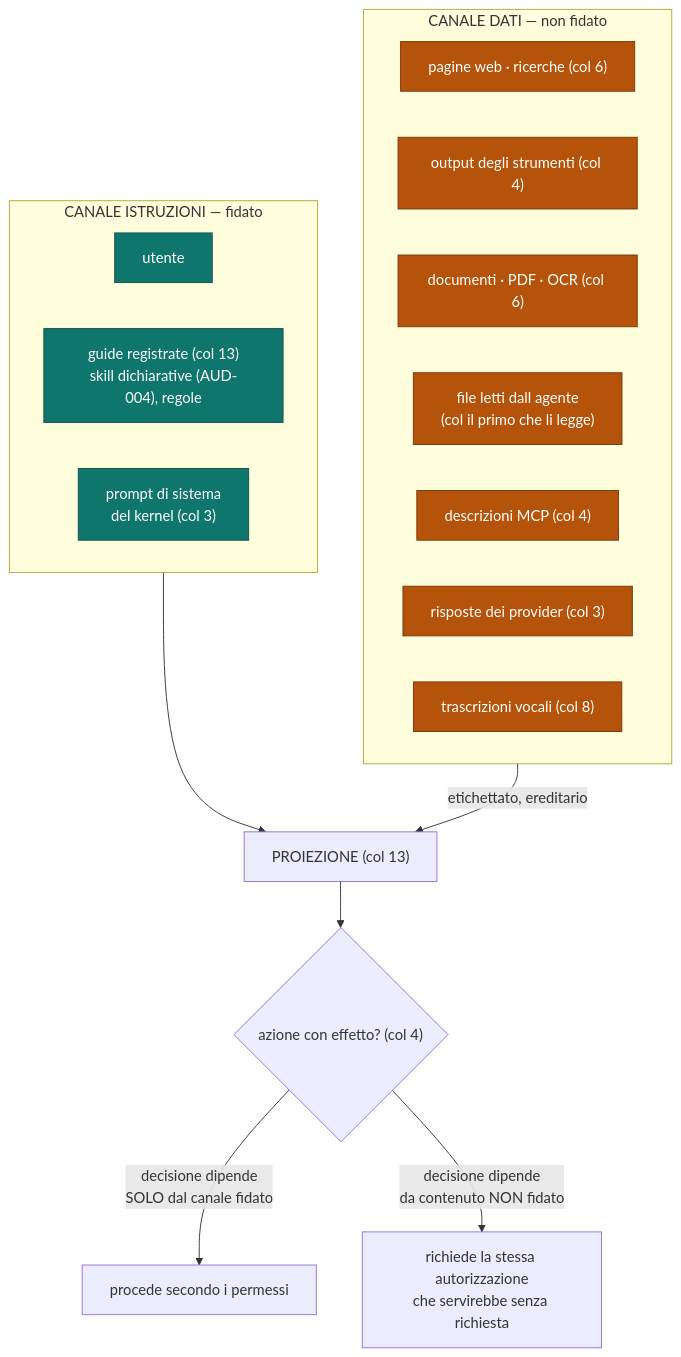
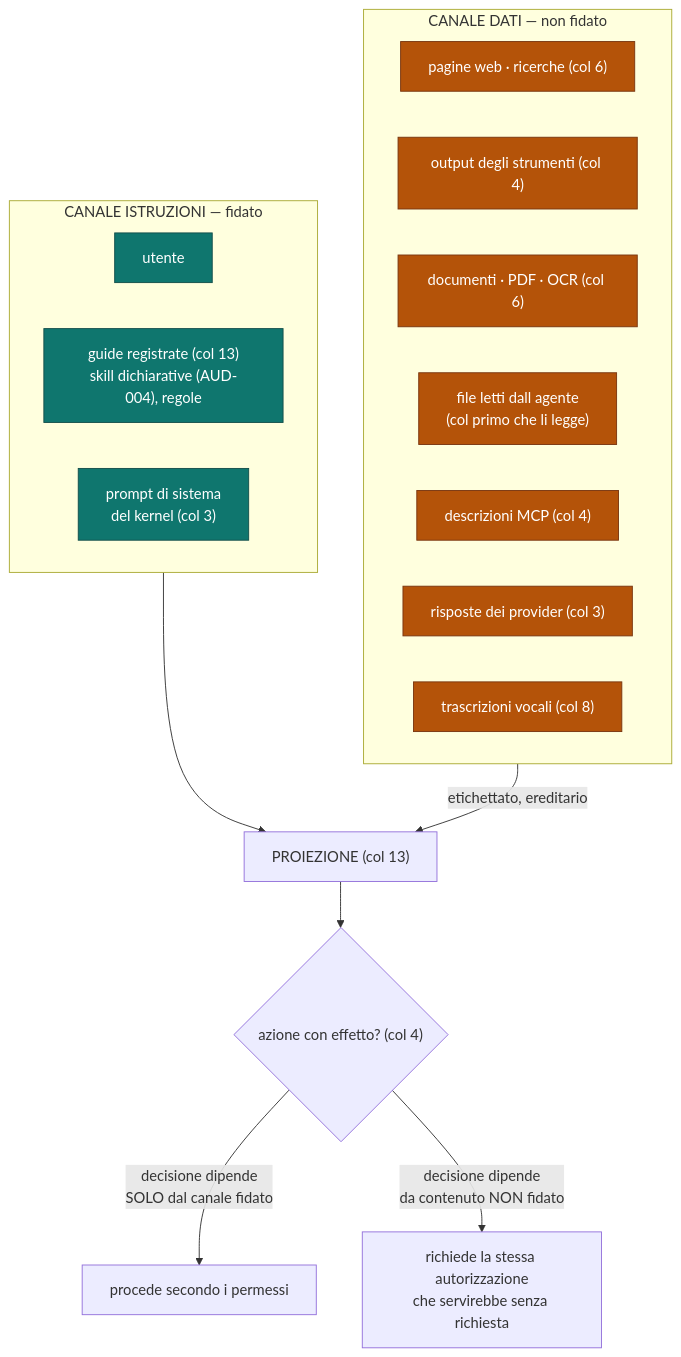
One commit to devfrx/daemon changed the first of 3 diagrams in docs/design/06-permessi-e-confine-dei-dati.md. Above: the diagram before and after it, drawn with Mermaid. The commit also changed other lines of this file and 65 other files, not shown here.

First line of the commit message:
audit(2026-09-30): i residui dei pacchetti integrati -- le guardie sulle varianti leggono il tipo, il caso forte dei campi aperti, la riga K-5 fra le chiuse, la lista delle contraddizioni al vero; commenti, diagrammi e disegni allineati alle ondate

````diff
--- a/docs/design/06-permessi-e-confine-dei-dati.md
+++ b/docs/design/06-permessi-e-confine-dei-dati.md
@@ -18,29 +18,29 @@
 ```mermaid
 flowchart TB
     subgraph FID["CANALE ISTRUZIONI — fidato"]
         U["utente"]
         G["guide registrate (col 13)<br/>skill dichiarative (AUD-004), regole"]
         K["prompt di sistema<br/>del kernel (col 3)"]
     end
 
     subgraph NF["CANALE DATI — non fidato"]
         W["pagine web · ricerche (col 6)"]
         T["output degli strumenti (col 4)"]
         D["documenti · PDF · OCR (col 6)"]
-        F["file letti dall agente<br/>(col il primo che li legge)"]
+        F["file letti dall agente<br/>(col primo che li legge)"]
         M["descrizioni MCP (col 4)"]
         P["risposte dei provider (col 3)"]
         V["trascrizioni vocali (col 8)"]
     end
 
     FID --> PR["PROIEZIONE (col 13)"]
     NF -->|"etichettato, ereditario"| PR
     PR --> A{"azione con effetto? (col 4)"}
     A -->|"decisione dipende<br/>SOLO dal canale fidato"| OK["procede secondo i permessi"]
     A -->|"decisione dipende<br/>da contenuto NON fidato"| ASK["richiede la stessa autorizzazione<br/>che servirebbe senza richiesta"]
 
     classDef fid fill:#0f766e,stroke:#134e4a,color:#fff
     classDef nfid fill:#b45309,stroke:#78350f,color:#fff
     class U,G,K fid
     class W,T,D,F,M,P,V nfid
 ```
````
